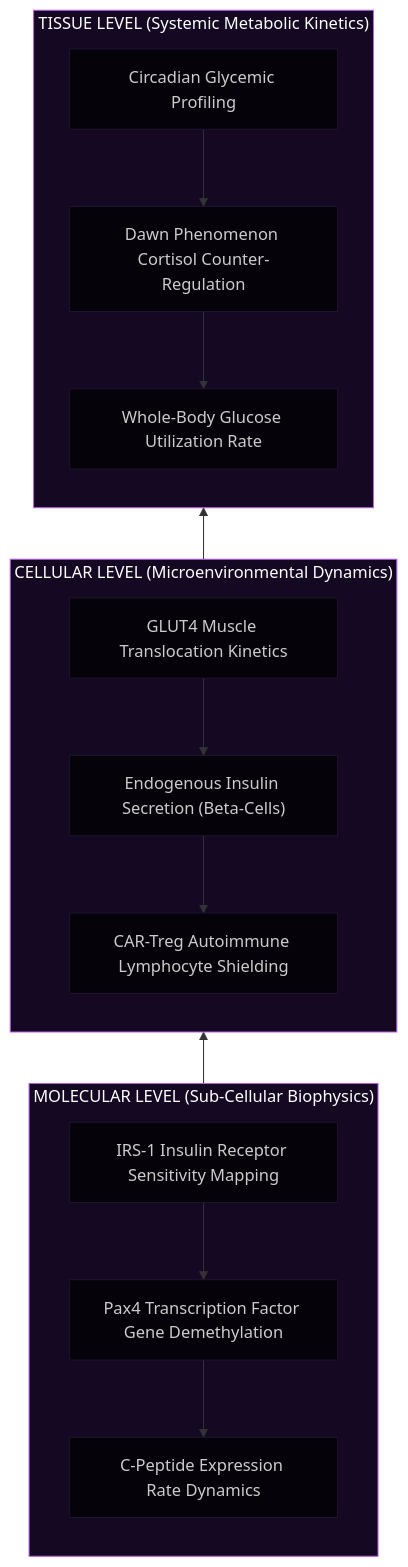
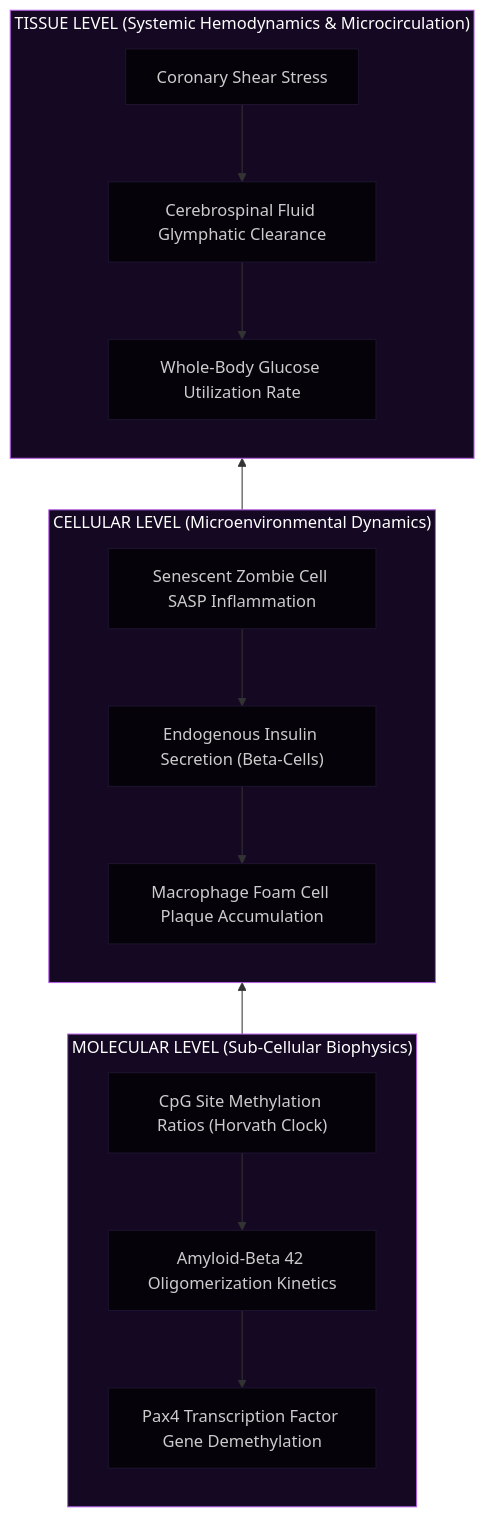
Before and after one commit to papica777-eng/VHT-DIABET: the second of 2 diagrams in README.md, drawn with Mermaid. The commit also changed other lines of this file and 1 other file, not shown here.

````diff
--- a/README.md
+++ b/README.md
@@ -55,28 +59,28 @@
 ```mermaid
 graph BT
     %% Define Layers
-    subgraph Tissue_Level ["TISSUE LEVEL (Systemic Metabolic Kinetics)"]
-        A["Circadian Glycemic Profiling"] --> B["Dawn Phenomenon Cortisol Counter-Regulation"]
+    subgraph Tissue_Level ["TISSUE LEVEL (Systemic Hemodynamics & Microcirculation)"]
+        A["Coronary Shear Stress"] --> B["Cerebrospinal Fluid Glymphatic Clearance"]
         B --> C["Whole-Body Glucose Utilization Rate"]
     end
     
     subgraph Cellular_Level ["CELLULAR LEVEL (Microenvironmental Dynamics)"]
-        D["GLUT4 Muscle Translocation Kinetics"] --> E["Endogenous Insulin Secretion (Beta-Cells)"]
-        E --> F["CAR-Treg Autoimmune Lymphocyte Shielding"]
+        D["Senescent Zombie Cell SASP Inflammation"] --> E["Endogenous Insulin Secretion (Beta-Cells)"]
+        E --> F["Macrophage Foam Cell Plaque Accumulation"]
     end
     
     subgraph Molecular_Level ["MOLECULAR LEVEL (Sub-Cellular Biophysics)"]
-        G["IRS-1 Insulin Receptor Sensitivity Mapping"] --> H["Pax4 Transcription Factor Gene Demethylation"]
-        H --> I["C-Peptide Expression Rate Dynamics"]
+        G["CpG Site Methylation Ratios (Horvath Clock)"] --> H["Amyloid-Beta 42 Oligomerization Kinetics"]
+        H --> I["Pax4 Transcription Factor Gene Demethylation"]
     end
     
     %% Connections
     Molecular_Level --> Cellular_Level
     Cellular_Level --> Tissue_Level
     
     %% Styling
     classDef default fill:#050209,stroke:#1e1430,color:#ccc;
     classDef bio fill:#140822,stroke:#b55fe6,color:#fff;
     
     class Tissue_Level,Cellular_Level,Molecular_Level bio;
 ```
````
